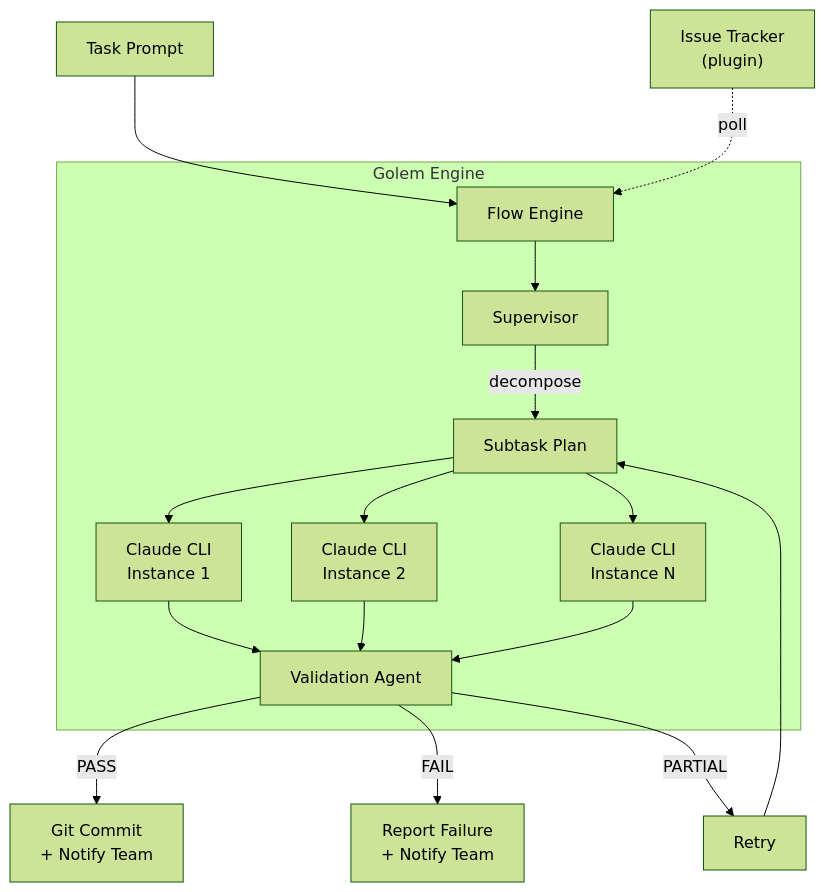
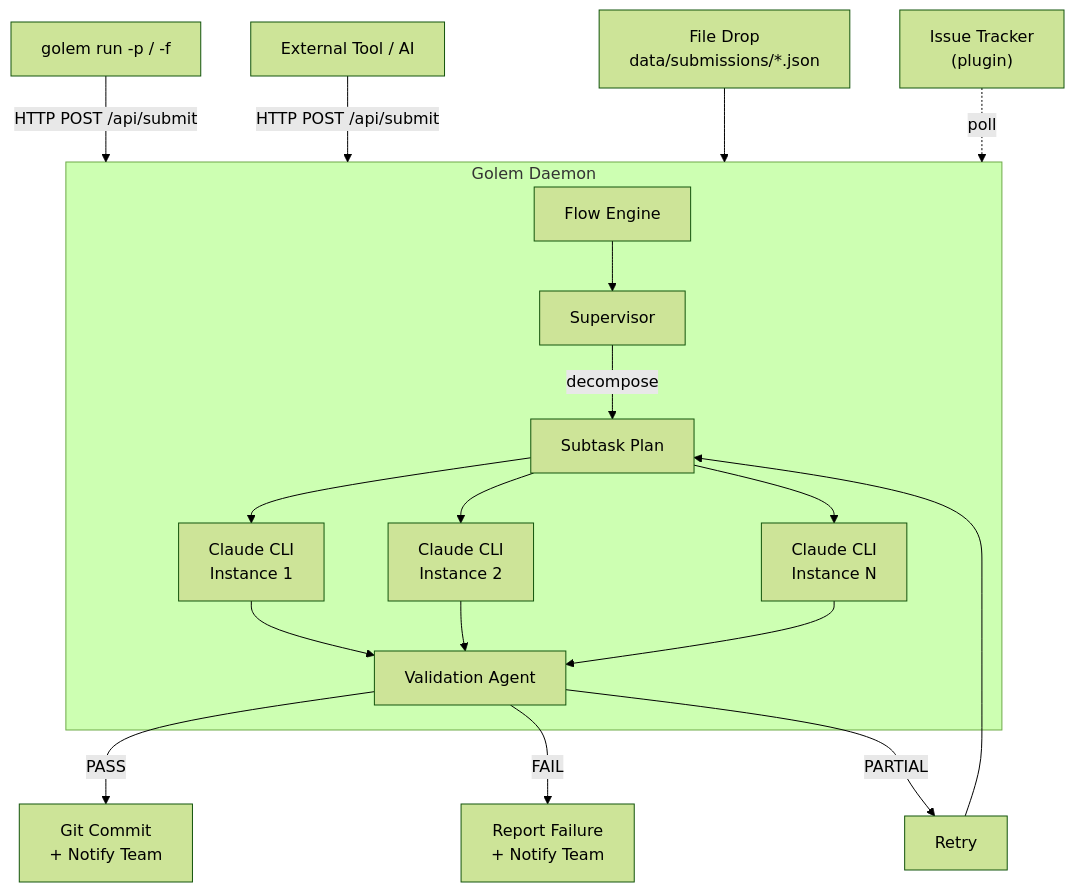
The first of 4 diagrams in README.md (itsmeboris/Golem), drawn with Mermaid (forest theme) before and after one commit. The commit also changed other lines of this file and 10 other files, not shown here.

First line of the commit message:
Daemon-centric prompt execution with HTTP API and file-drop submission

````diff
--- a/README.md
+++ b/README.md
@@ -89,24 +98,25 @@
 ```mermaid
 flowchart TB
-    prompt["Task Prompt"] --> flow
+    cli["golem run -p / -f"] -- "HTTP POST /api/submit" --> daemon
+    api["External Tool / AI"] -- "HTTP POST /api/submit" --> daemon
+    drop["File Drop<br/>data/submissions/*.json"] --> daemon
+    tracker["Issue Tracker<br/>(plugin)"] -. "poll" .-> daemon
 
-    tracker["Issue Tracker<br/>(plugin)"] -. "poll" .-> flow
-
-    subgraph golem ["Golem Engine"]
+    subgraph daemon ["Golem Daemon"]
         flow["Flow Engine"] --> super["Supervisor"]
         super -- "decompose" --> plan["Subtask Plan"]
 
         plan --> claude1["Claude CLI<br/>Instance 1"]
         plan --> claude2["Claude CLI<br/>Instance 2"]
         plan --> claude3["Claude CLI<br/>Instance N"]
 
         claude1 --> val["Validation Agent"]
         claude2 --> val
         claude3 --> val
     end
 
     val -- PASS --> commit["Git Commit<br/>+ Notify Team"]
     val -- FAIL --> report["Report Failure<br/>+ Notify Team"]
     val -- PARTIAL --> retry["Retry"]
     retry --> plan
 ```
````
